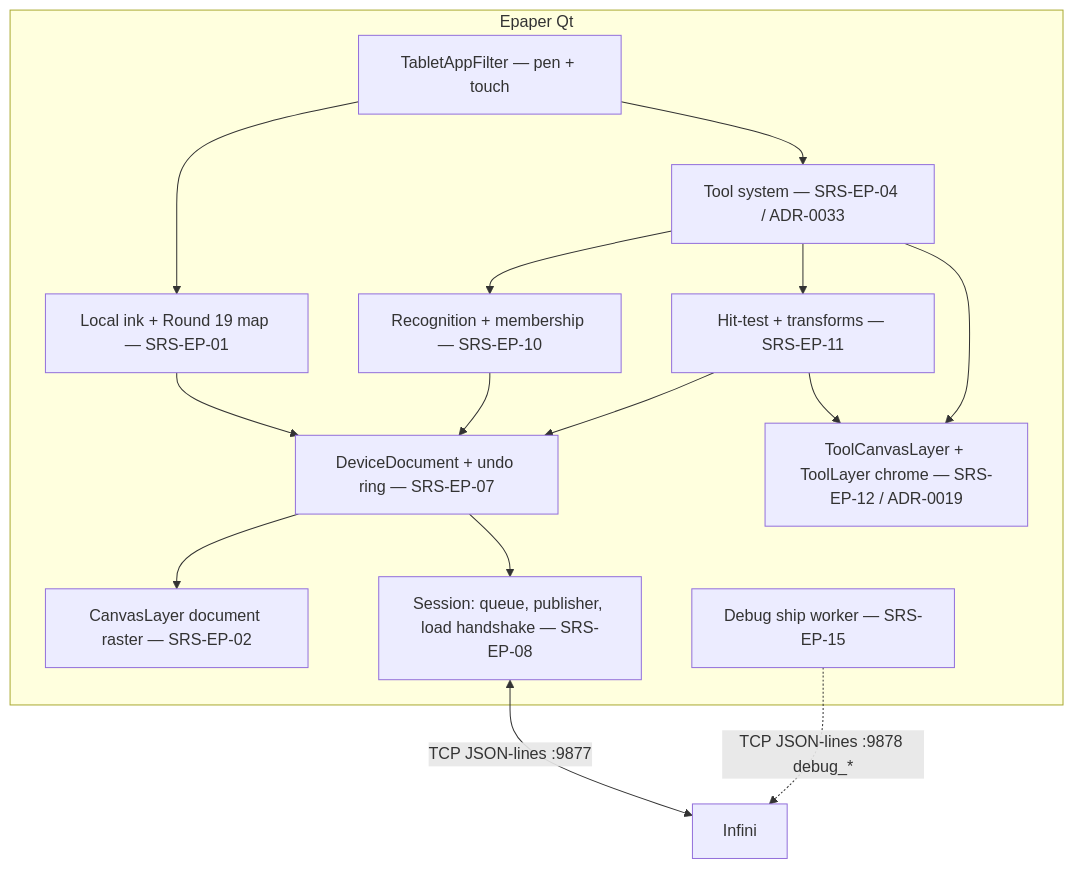
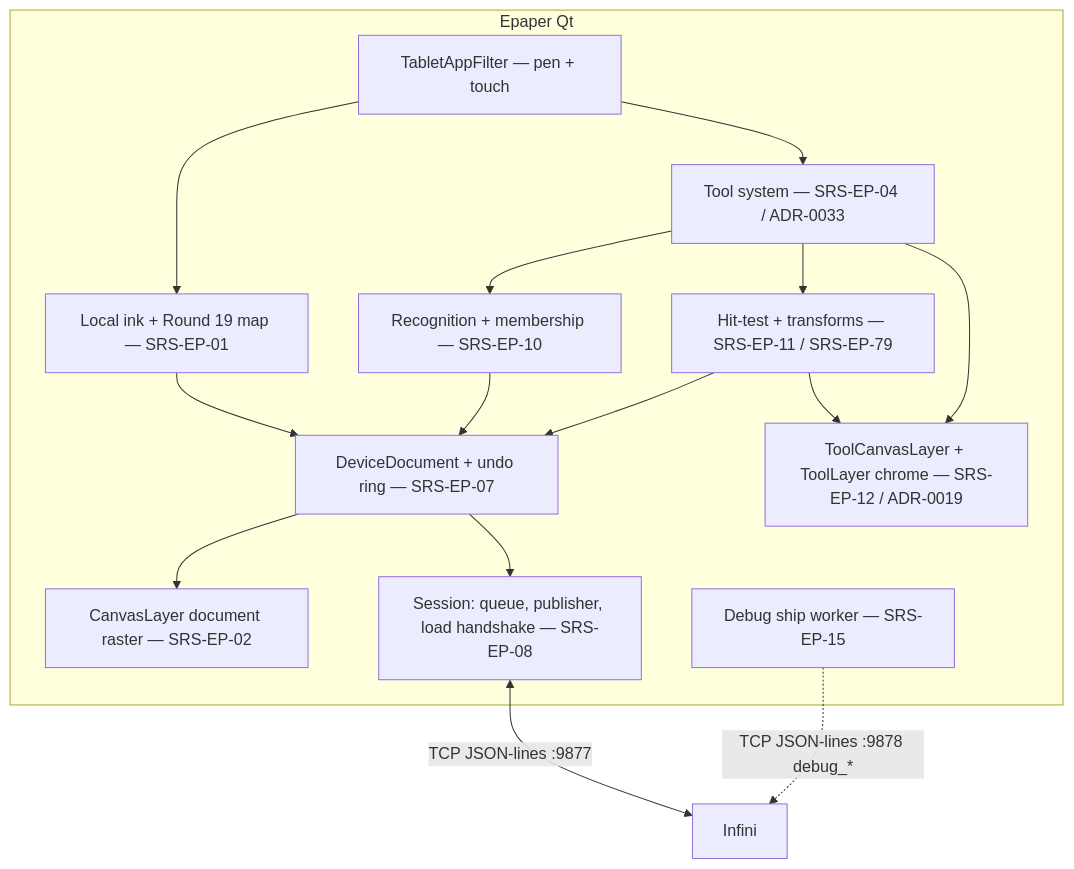
Before and after one commit to hoaidv/reawa: the second of 2 diagrams in .docs/modules/epaper/architecture.md, drawn with Mermaid. The commit also changed other lines of this file and 29 other files, not shown here.

````diff
--- a/.docs/modules/epaper/architecture.md
+++ b/.docs/modules/epaper/architecture.md
@@ -102,28 +102,28 @@
 ```mermaid
 flowchart TB
   subgraph device["Epaper Qt"]
     input["TabletAppFilter — pen + touch"]
     ink["Local ink + Round 19 map — SRS-EP-01"]
     tools["Tool system — SRS-EP-04 / ADR-0033"]
     doc["DeviceDocument + undo ring — SRS-EP-07"]
     recog["Recognition + membership — SRS-EP-10"]
-    manip["Hit-test + transforms — SRS-EP-11"]
+    manip["Hit-test + transforms — SRS-EP-11 / SRS-EP-79"]
     paint["CanvasLayer document raster — SRS-EP-02"]
     overlay["ToolCanvasLayer + ToolLayer chrome — SRS-EP-12 / ADR-0019"]
     sync["Session: queue, publisher, load handshake — SRS-EP-08"]
     dlog["Debug ship worker — SRS-EP-15"]
     input --> ink
     input --> tools
     ink --> doc
     tools --> recog
     tools --> manip
     recog --> doc
     manip --> doc
     doc --> paint
     manip --> overlay
     tools --> overlay
     doc --> sync
   end
   sync <-->|"TCP JSON-lines :9877"| infini["Infini"]
   dlog -.->|"TCP JSON-lines :9878 debug_*"| infini
 ```
````
